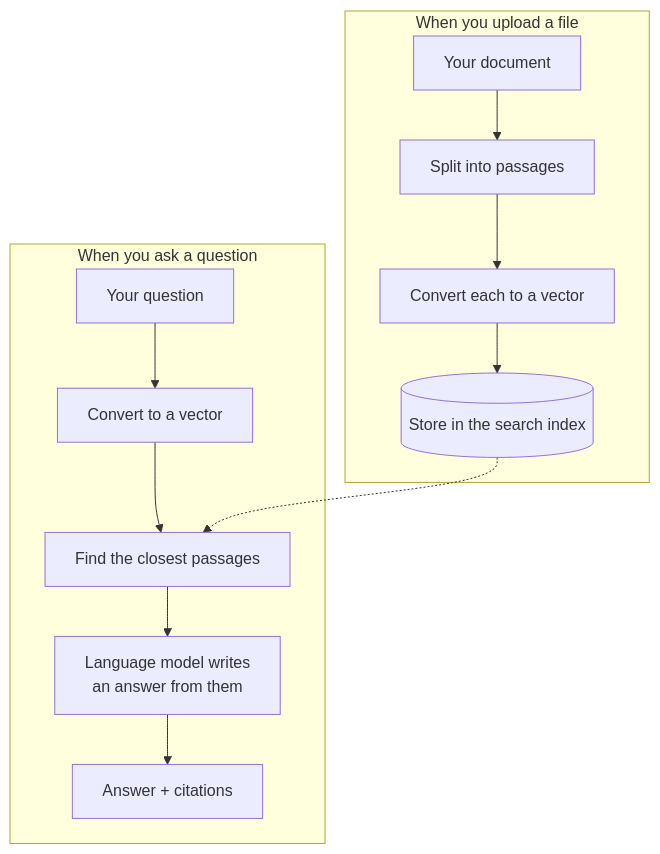
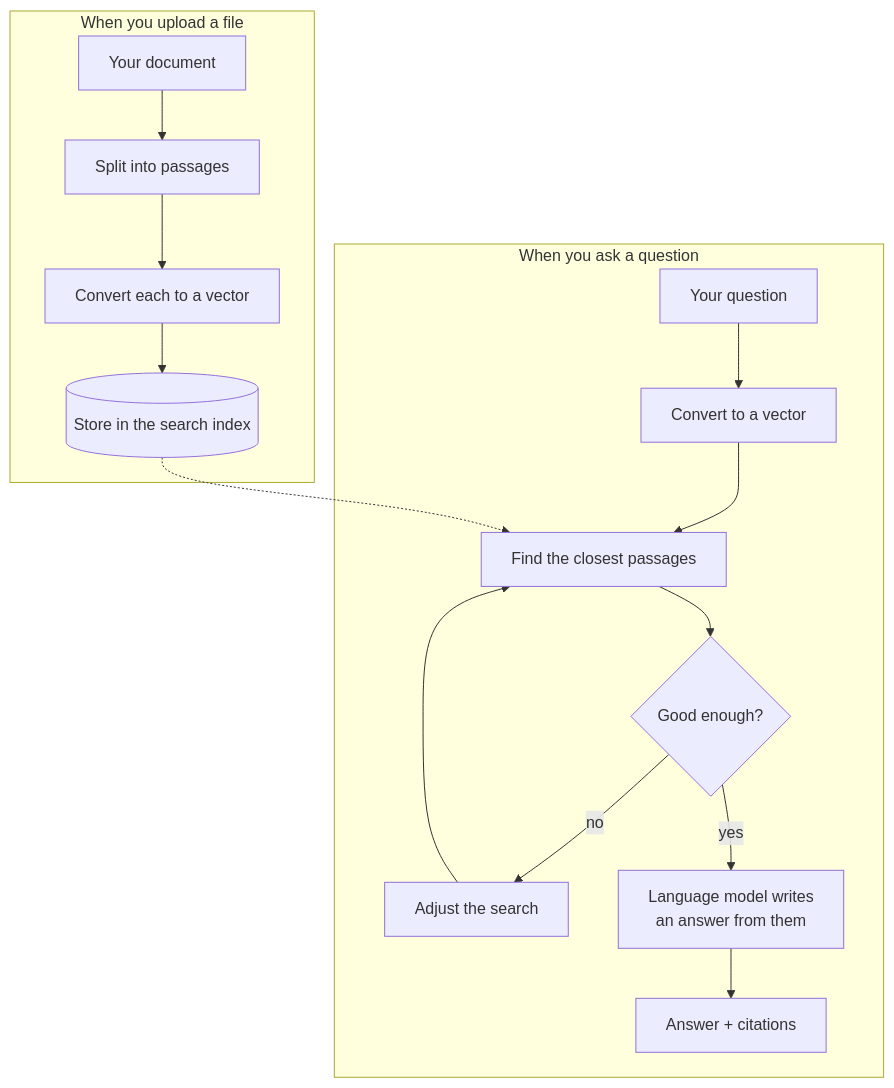
One commit to notjwp/Multilingual-RAG changed the diagram in README.md. Above: the diagram before and after it, drawn with Mermaid. The commit also changed other lines of this file and 37 other files, not shown here.

````diff
--- a/README.md
+++ b/README.md
@@ -78,15 +78,17 @@
 ```mermaid
 flowchart TB
     subgraph prep ["When you upload a file"]
         A[Your document] --> B[Split into passages]
         B --> C[Convert each to a vector]
         C --> D[(Store in the search index)]
     end
     subgraph ask ["When you ask a question"]
         Q[Your question] --> R[Convert to a vector]
         R --> S[Find the closest passages]
         D -.-> S
-        S --> T[Language model writes<br/>an answer from them]
+        S --> V{Good enough?}
+        V -->|no| W[Adjust the search] --> S
+        V -->|yes| T[Language model writes<br/>an answer from them]
         T --> U[Answer + citations]
     end
 ```
````
